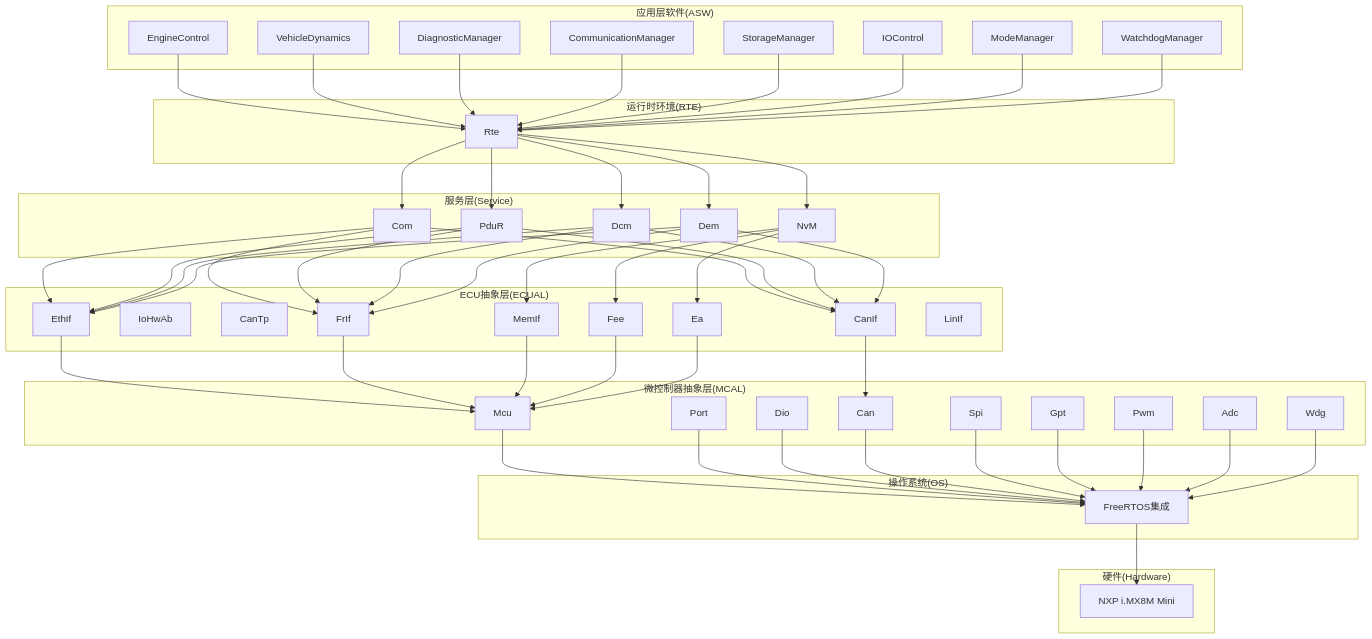
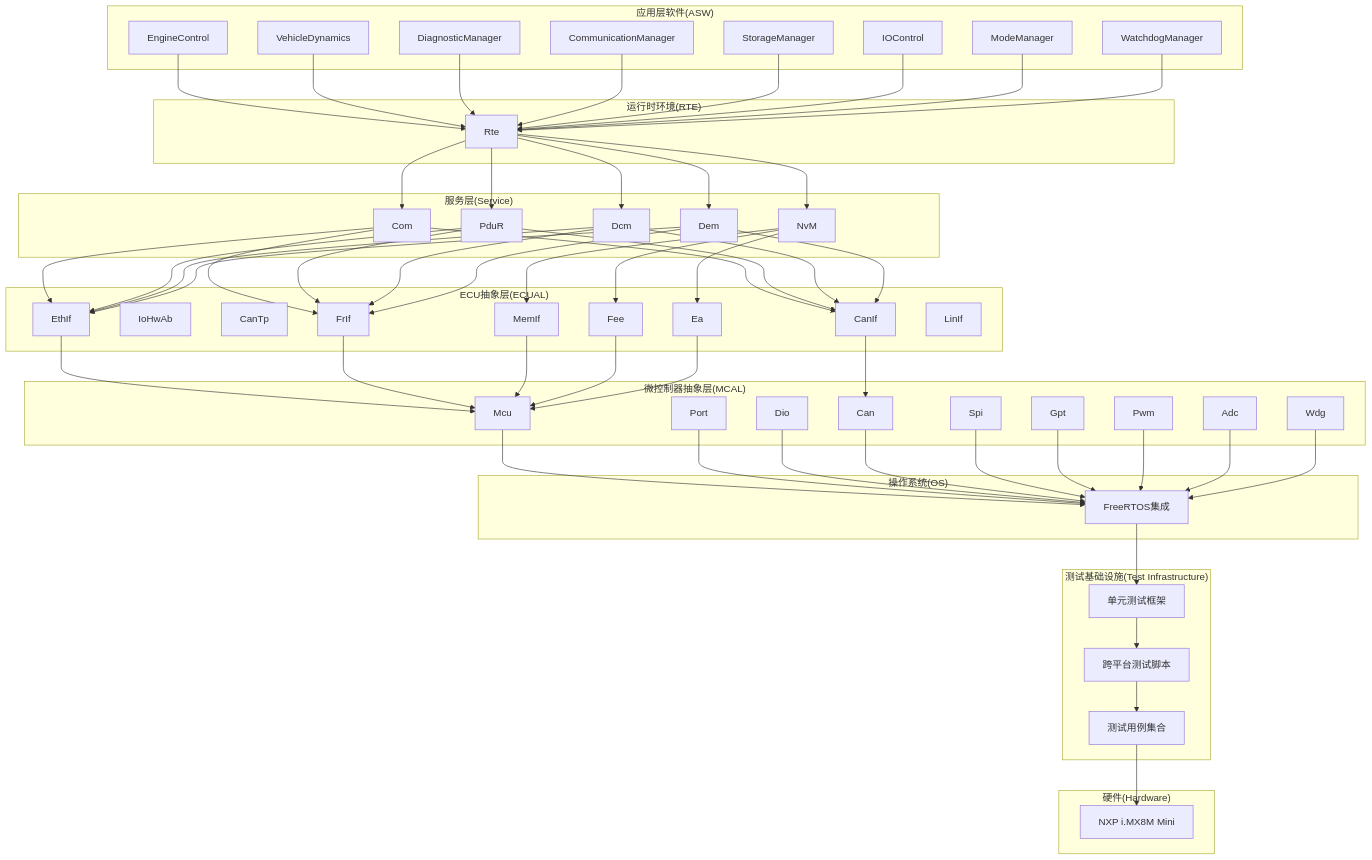
Before and after one commit to frisky1985/yuleASR: the first of 8 diagrams in .qoder/repowiki/zh/content/项目概览.md, drawn with Mermaid. The commit also changed other lines of this file and 12 other files, not shown here.

````diff
--- a/.qoder/repowiki/zh/content/项目概览.md
+++ b/.qoder/repowiki/zh/content/项目概览.md
@@ -93,6 +113,11 @@
 subgraph "操作系统(OS)"
 OS["FreeRTOS集成"]
 end
+subgraph "测试基础设施(Test Infrastructure)"
+TEST1["单元测试框架"]
+TEST2["跨平台测试脚本"]
+TEST3["测试用例集合"]
+end
 subgraph "硬件(Hardware)"
 HW["NXP i.MX8M Mini"]
 end
@@ -139,5 +164,8 @@
 MCAL7 --> OS
 MCAL8 --> OS
 MCAL9 --> OS
-OS --> HW
+OS --> TEST1
+TEST1 --> TEST2
+TEST2 --> TEST3
+TEST3 --> HW
 ```
````
